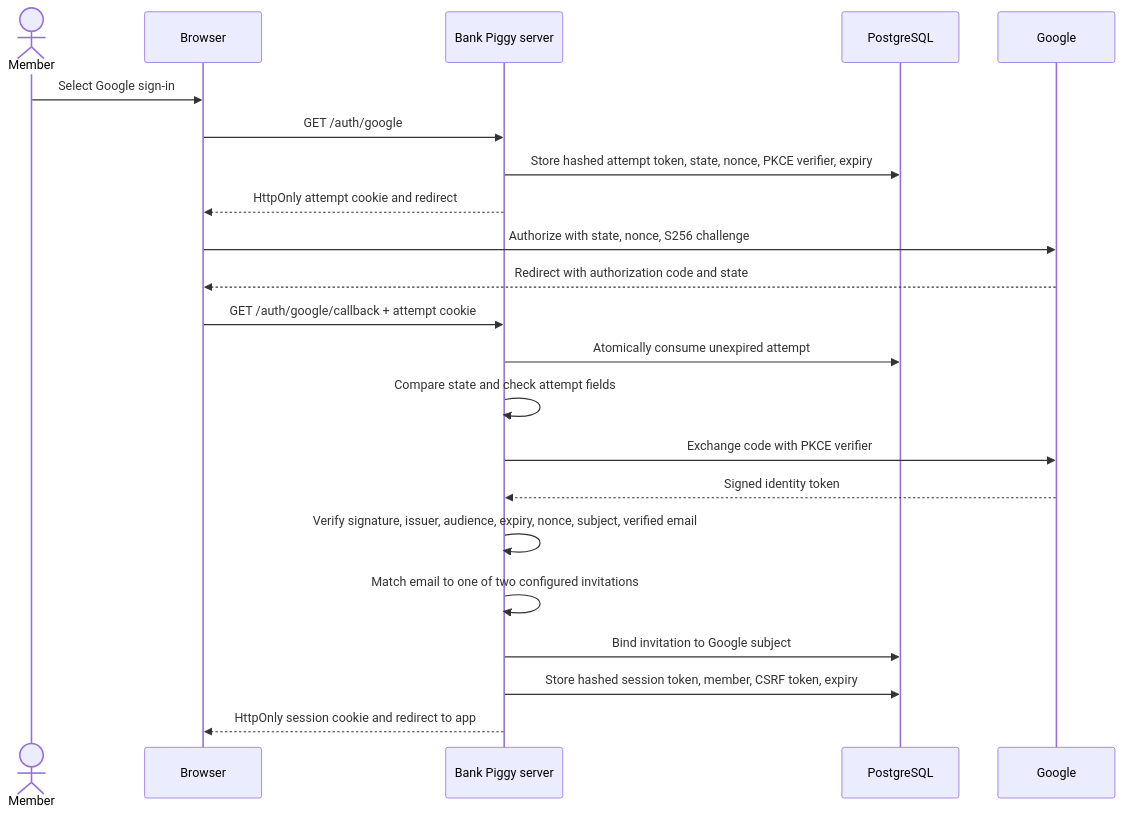
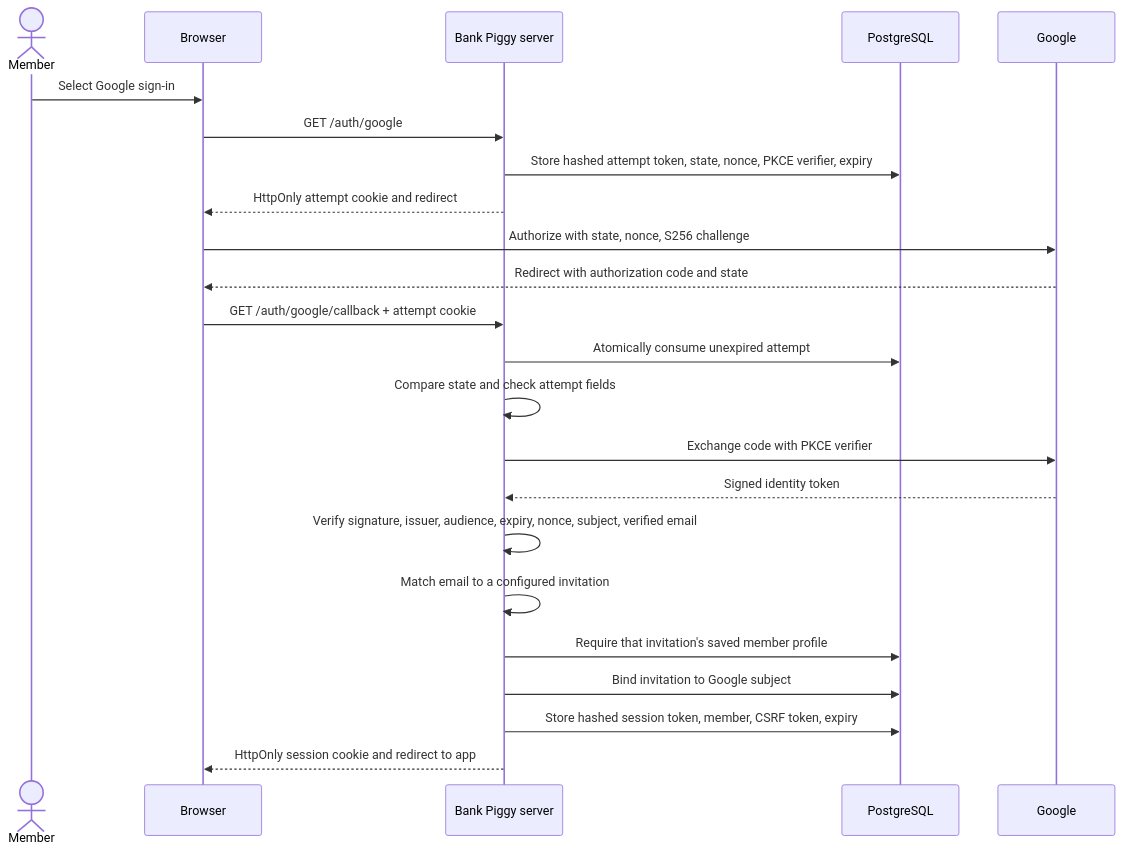
One commit to MichaelGorman2004/Bank-Piggy changed the diagram in docs/system-design/security.md. Above: the diagram before and after it, drawn with Mermaid. The commit also changed other lines of this file and 138 other files, not shown here.

````diff
--- a/docs/system-design/security.md
+++ b/docs/system-design/security.md
@@ -11,25 +11,26 @@
 ```mermaid
 sequenceDiagram
     actor Member
     participant Browser
     participant Go as Bank Piggy server
     participant DB as PostgreSQL
     participant Google
 
     Member->>Browser: Select Google sign-in
     Browser->>Go: GET /auth/google
     Go->>DB: Store hashed attempt token, state, nonce, PKCE verifier, expiry
     Go-->>Browser: HttpOnly attempt cookie and redirect
     Browser->>Google: Authorize with state, nonce, S256 challenge
     Google-->>Browser: Redirect with authorization code and state
     Browser->>Go: GET /auth/google/callback + attempt cookie
     Go->>DB: Atomically consume unexpired attempt
     Go->>Go: Compare state and check attempt fields
     Go->>Google: Exchange code with PKCE verifier
     Google-->>Go: Signed identity token
     Go->>Go: Verify signature, issuer, audience, expiry, nonce, subject, verified email
-    Go->>Go: Match email to one of two configured invitations
+    Go->>Go: Match email to a configured invitation
+    Go->>DB: Require that invitation's saved member profile
     Go->>DB: Bind invitation to Google subject
     Go->>DB: Store hashed session token, member, CSRF token, expiry
     Go-->>Browser: HttpOnly session cookie and redirect to app
 ```
````
